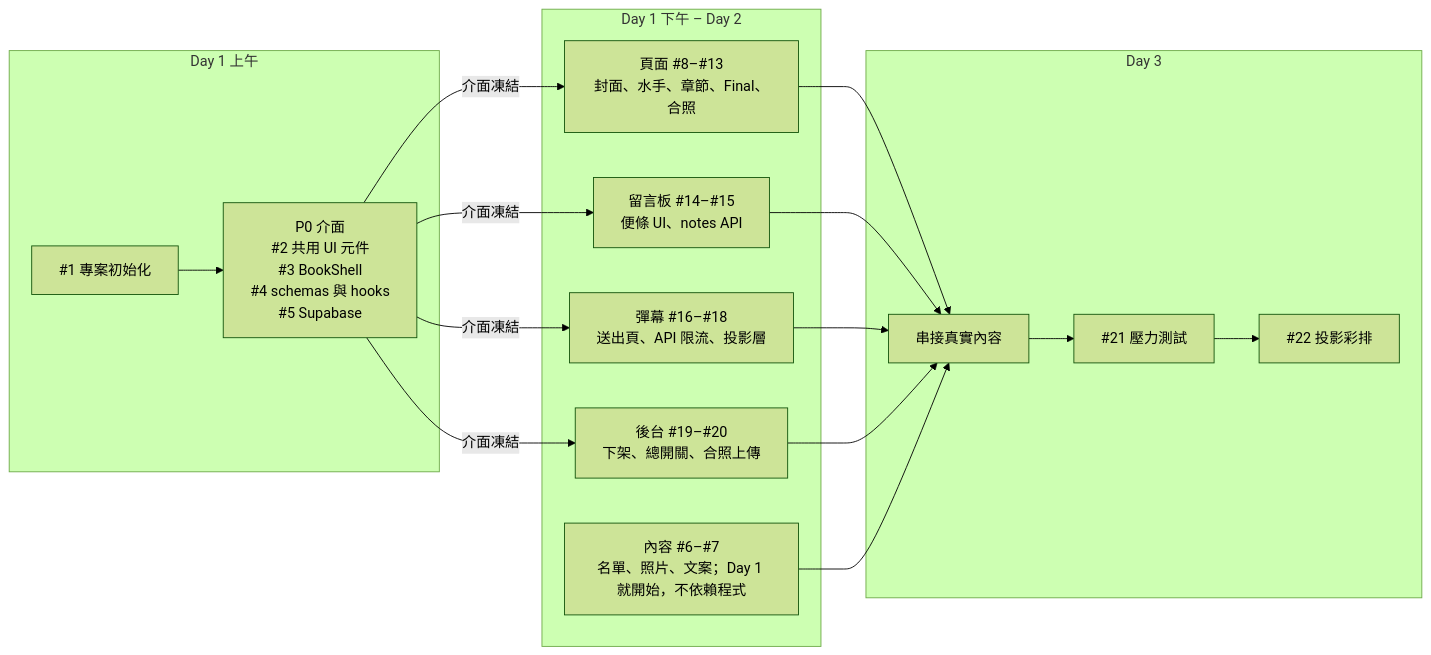
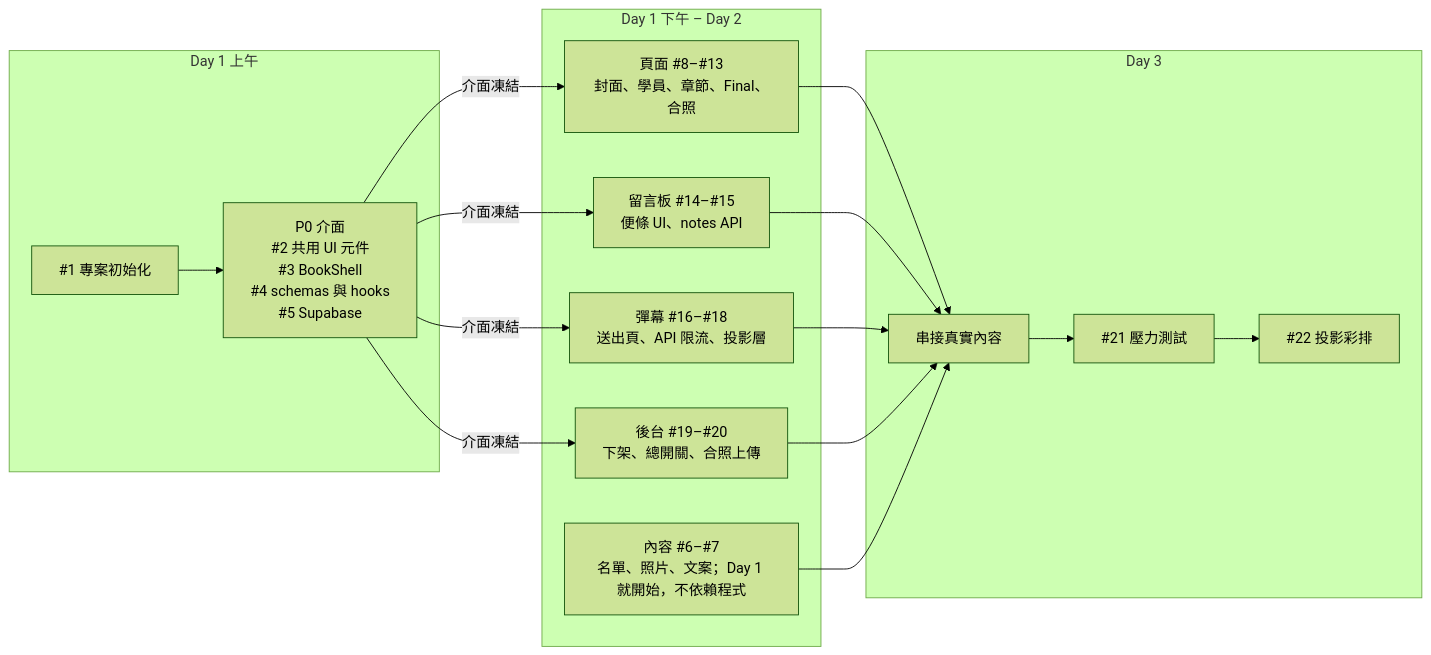
One commit to pollochen97/mentorship-graduation changed the second of 2 diagrams in docs/spec.md. Above: the diagram before and after it, drawn with Mermaid (forest theme). The commit also changed other lines of this file and 4 other files, not shown here.

````diff
--- a/docs/spec.md
+++ b/docs/spec.md
@@ -259,18 +259,18 @@
 ```mermaid
 flowchart LR
   subgraph d1 [Day 1 上午]
     i1["#1 專案初始化"] --> p0["P0 介面<br/>#2 共用 UI 元件<br/>#3 BookShell<br/>#4 schemas 與 hooks<br/>#5 Supabase"]
   end
   p0 -- 介面凍結 --> pages & guestbook & danmaku & admin
   subgraph d2 [Day 1 下午 – Day 2]
-    pages["頁面 #8–#13<br/>封面、水手、章節、Final、合照"]
+    pages["頁面 #8–#13<br/>封面、學員、章節、Final、合照"]
     guestbook["留言板 #14–#15<br/>便條 UI、notes API"]
     danmaku["彈幕 #16–#18<br/>送出頁、API 限流、投影層"]
     admin["後台 #19–#20<br/>下架、總開關、合照上傳"]
     content["內容 #6–#7<br/>名單、照片、文案；Day 1 就開始，不依賴程式"]
   end
   subgraph d3 [Day 3]
     integrate[串接真實內容] --> load["#21 壓力測試"] --> rehearsal["#22 投影彩排"]
   end
   pages & guestbook & danmaku & admin & content --> integrate
 ```
````
